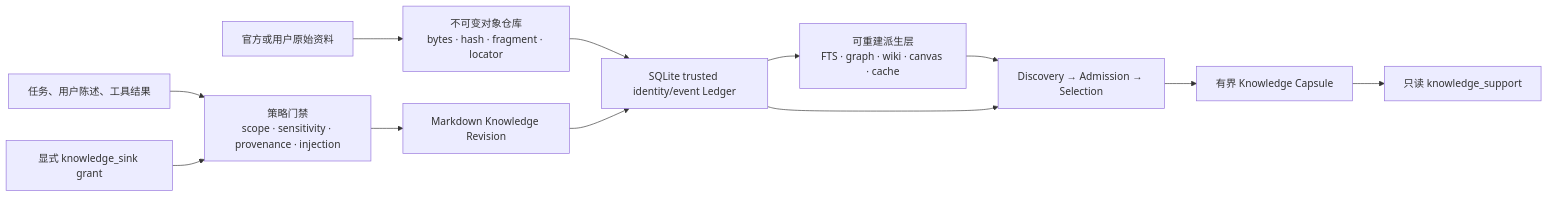
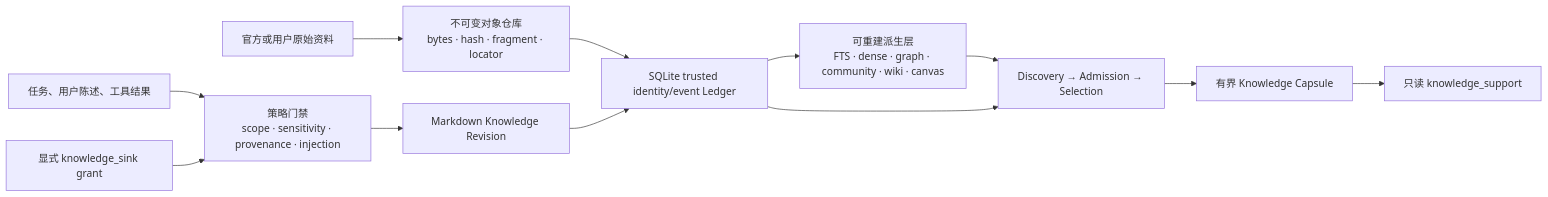
The diagram in README.md (Eysn0130/DeepLaw), drawn with Mermaid before and after one commit. The commit also changed other lines of this file and 40 other files, not shown here.

````diff
--- a/README.md
+++ b/README.md
@@ -45,14 +45,14 @@
 ```mermaid
 flowchart LR
   E["官方或用户原始资料"] --> CAS["不可变对象仓库\nbytes · hash · fragment · locator"]
   A["任务、用户陈述、工具结果"] --> G["策略门禁\nscope · sensitivity · provenance · injection"]
   G --> M["Markdown Knowledge Revision"]
   CAS --> L["SQLite trusted identity/event Ledger"]
   M --> L
-  L --> D["可重建派生层\nFTS · graph · wiki · canvas · cache"]
+  L --> D["可重建派生层\nFTS · dense · graph · community · wiki · canvas"]
   D --> Q["Discovery → Admission → Selection"]
   L --> Q
   Q --> C["有界 Knowledge Capsule"]
   C --> R["只读 knowledge_support"]
   S["显式 knowledge_sink grant"] --> G
 ```
````
